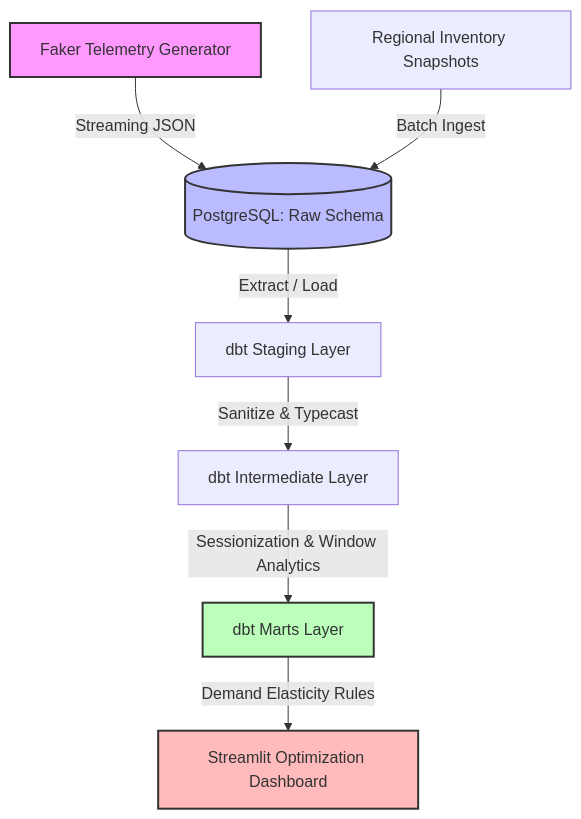
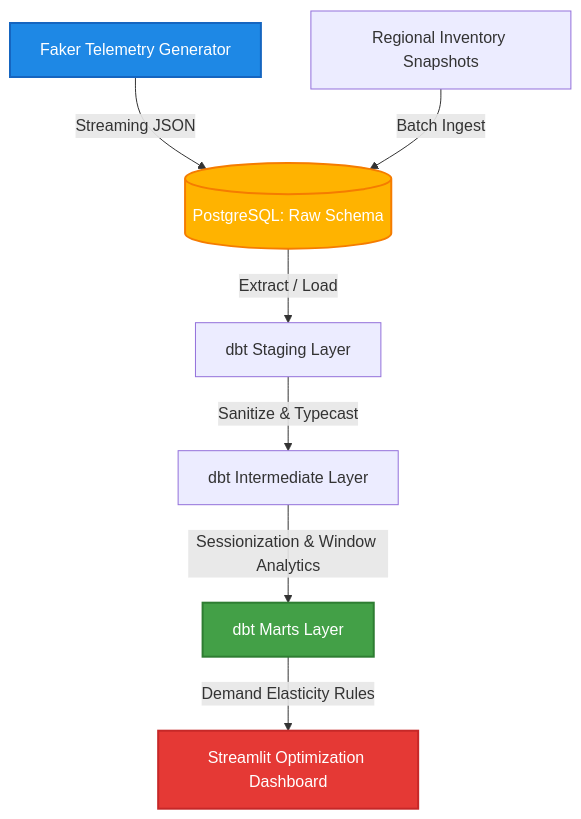
The diagram in README.md (a77ene/global-ecommerce-pipeline), drawn with Mermaid before and after one commit.

Commit message:
Change color styles for diagram elements
Updated color styles for diagram elements in README.

````diff
--- a/README.md
+++ b/README.md
@@ -12,14 +12,14 @@
 ```mermaid
 graph TD
     A[Faker Telemetry Generator] -->|Streaming JSON| B[(PostgreSQL: Raw Schema)]
     C[Regional Inventory Snapshots] -->|Batch Ingest| B
     B -->|Extract / Load| D[dbt Staging Layer]
     D -->|Sanitize & Typecast| E[dbt Intermediate Layer]
     E -->|Sessionization & Window Analytics| F[dbt Marts Layer]
     F -->|Demand Elasticity Rules| G[Streamlit Optimization Dashboard]
     
-    style A fill:#f9f,stroke:#333,stroke-width:2px
-    style B fill:#bbf,stroke:#333,stroke-width:2px
-    style F fill:#bfb,stroke:#333,stroke-width:2px
-    style G fill:#fbb,stroke:#333,stroke-width:2px
+    style A fill:#1E88E5,stroke:#1565C0,stroke-width:2px,color:#FFFFFF
+    style B fill:#FFB300,stroke:#F57C00,stroke-width:2px,color:#FFFFFF
+    style F fill:#43A047,stroke:#2E7D32,stroke-width:2px,color:#FFFFFF
+    style G fill:#E53935,stroke:#C62828,stroke-width:2px,color:#FFFFFF
 ```
````
